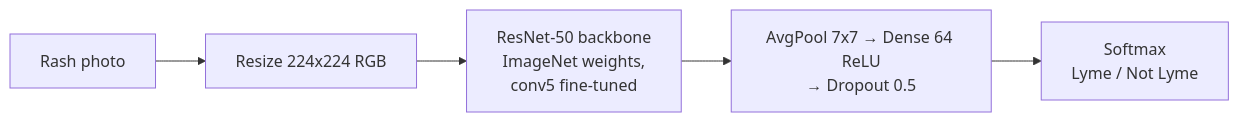
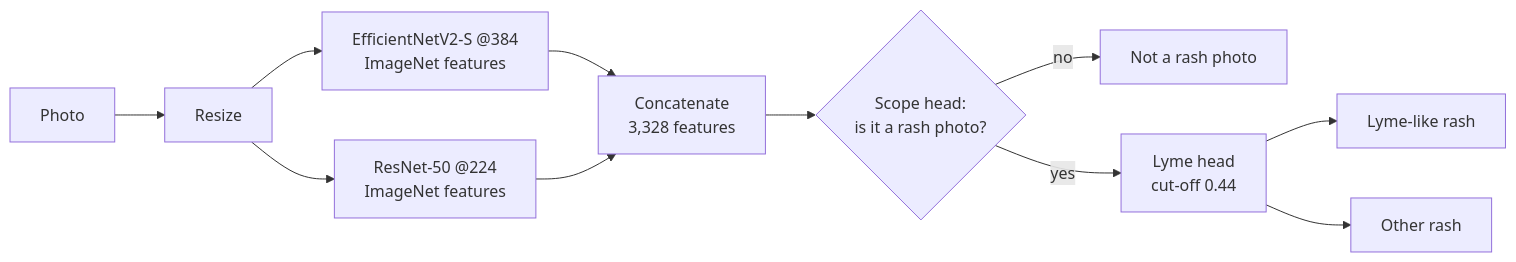
One commit to NishanthHarish/lyme-rash-classifier changed the diagram in README.md. Above: the diagram before and after it, drawn with Mermaid. The commit also changed other lines of this file and 5 other files, not shown here.

````diff
--- a/README.md
+++ b/README.md
@@ -39,7 +71,13 @@
 ```mermaid
 flowchart LR
-    A[Rash photo] --> B[Resize 224x224 RGB]
-    B --> C[ResNet-50 backbone<br/>ImageNet weights,<br/>conv5 fine-tuned]
-    C --> D[AvgPool 7x7 → Dense 64 ReLU<br/>→ Dropout 0.5]
-    D --> E[Softmax<br/>Lyme / Not Lyme]
+    A[Photo] --> B[Resize]
+    B --> C[EfficientNetV2-S @384<br/>ImageNet features]
+    B --> D[ResNet-50 @224<br/>ImageNet features]
+    C --> E[Concatenate<br/>3,328 features]
+    D --> E
+    E --> F{Scope head:<br/>is it a rash photo?}
+    F -- no --> G[Not a rash photo]
+    F -- yes --> H[Lyme head<br/>cut-off 0.44]
+    H --> I[Lyme-like rash]
+    H --> J[Other rash]
 ```
````
